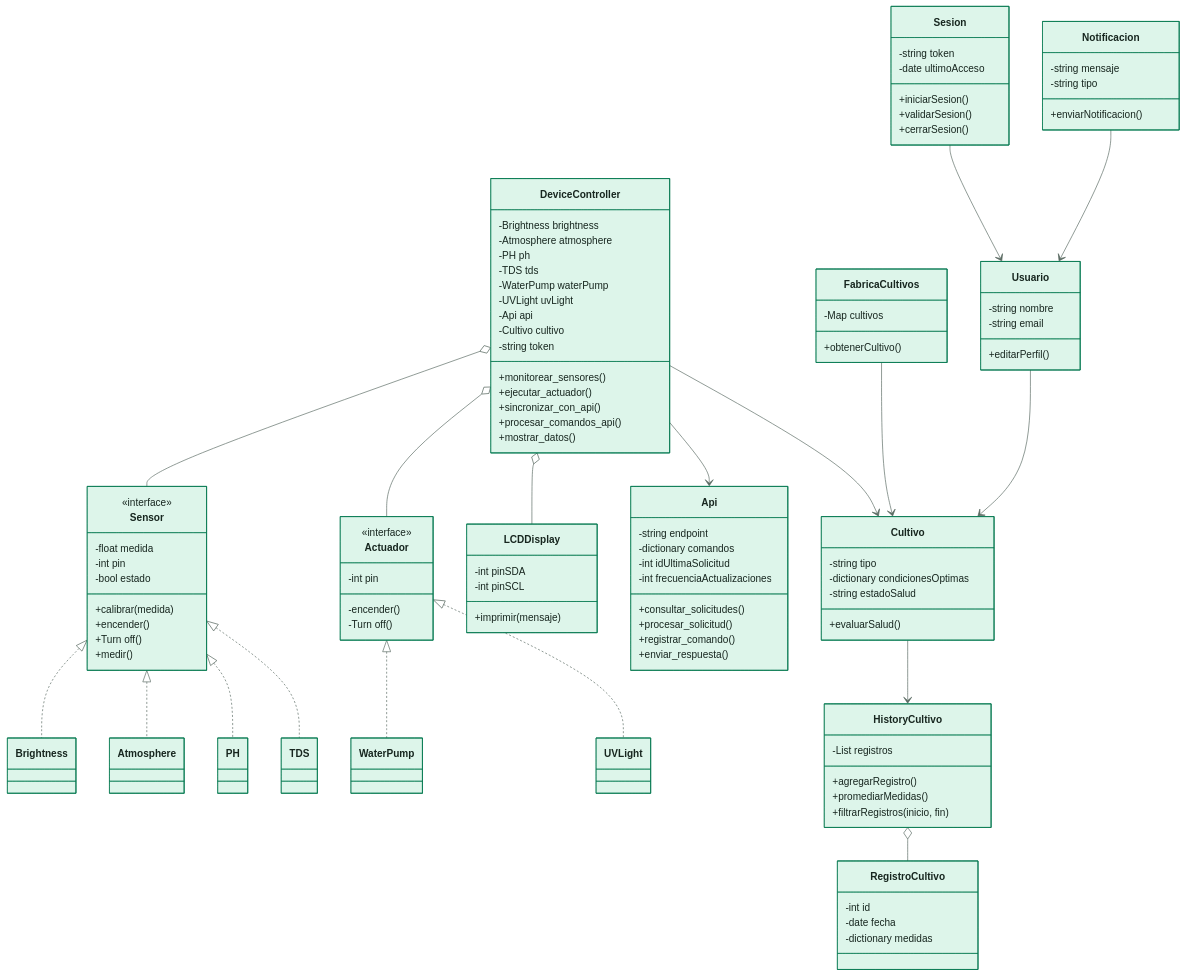
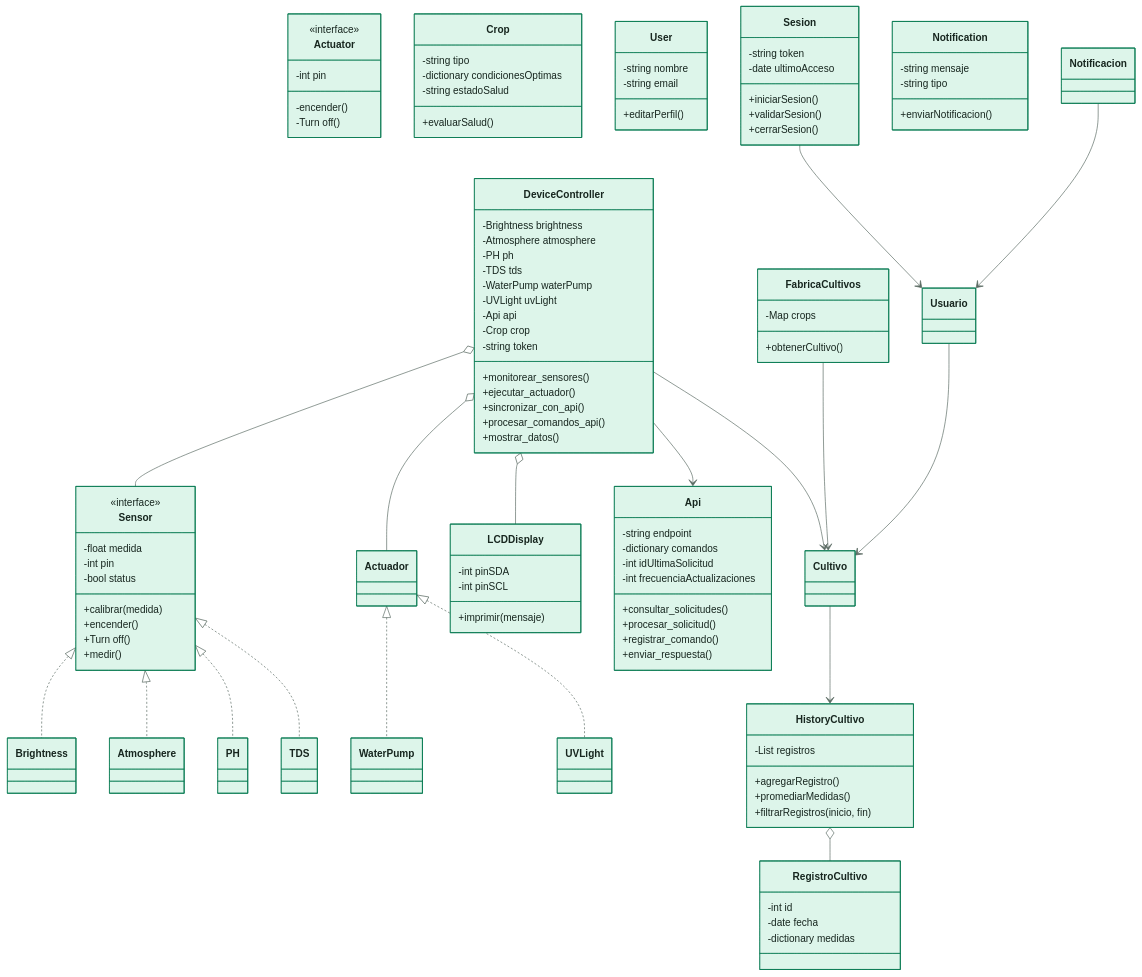
The diagram in docs/diagrams/SmartPot_27_Original_Classes.mmd (SmartPotTech/.github), drawn with Mermaid before and after one commit. The commit also changed 78 other files, not shown here.

Commit message:
docs(architecture): update and standardize architecture diagrams via archify [skip deploy] #no-deploy

```diff
--- a/docs/diagrams/SmartPot_27_Original_Classes.mmd
+++ b/docs/diagrams/SmartPot_27_Original_Classes.mmd
@@ -1,105 +1,105 @@
 %%{init: {"theme": "base", "fontFamily": "Segoe UI, Arial, sans-serif", "themeVariables": {"fontFamily": "Segoe UI, Arial, sans-serif", "fontSize": "15px", "primaryColor": "#DDF5EA", "primaryTextColor": "#17261F", "primaryBorderColor": "#067A52", "secondaryColor": "#E3F2FB", "secondaryTextColor": "#17261F", "secondaryBorderColor": "#1F6FA0", "tertiaryColor": "#F2F7F4", "tertiaryTextColor": "#17261F", "tertiaryBorderColor": "#D5E3DC", "lineColor": "#5B6B63", "textColor": "#17261F", "mainBkg": "#DDF5EA", "nodeBorder": "#067A52", "clusterBkg": "#F7FAF8", "clusterBorder": "#D5E3DC", "edgeLabelBackground": "#FFFFFF", "actorBkg": "#067A52", "actorBorder": "#0B3D2B", "actorTextColor": "#FFFFFF", "actorLineColor": "#5B6B63", "signalColor": "#17261F", "signalTextColor": "#17261F", "labelBoxBkgColor": "#0B3D2B", "labelBoxBorderColor": "#0B3D2B", "labelTextColor": "#FFFFFF", "loopTextColor": "#0B3D2B", "noteBkgColor": "#FDF4DD", "noteBorderColor": "#C98D12", "noteTextColor": "#17261F", "activationBkgColor": "#DDF5EA", "activationBorderColor": "#067A52", "attributeBackgroundColorOdd": "#FFFFFF", "attributeBackgroundColorEven": "#F2F7F4"}}}%%
 classDiagram
   direction TB
   class Sensor {
     <<interface>>
     -float medida
     -int pin
-    -bool estado
+    -bool status
     +calibrar(medida)
     +encender()
     +Turn off()
     +medir()
   }
-  class Actuador {
+  class Actuator {
     <<interface>>
     -int pin
     -encender()
     -Turn off()
   }
   class DeviceController {
     -Brightness brightness
     -Atmosphere atmosphere
     -PH ph
     -TDS tds
     -WaterPump waterPump
     -UVLight uvLight
     -Api api
-    -Cultivo cultivo
+    -Crop crop
     -string token
     +monitorear_sensores()
     +ejecutar_actuador()
     +sincronizar_con_api()
     +procesar_comandos_api()
     +mostrar_datos()
   }
   class Api {
     -string endpoint
     -dictionary comandos
     -int idUltimaSolicitud
     -int frecuenciaActualizaciones
     +consultar_solicitudes()
     +procesar_solicitud()
     +registrar_comando()
     +enviar_respuesta()
   }
-  class Cultivo {
+  class Crop {
     -string tipo
     -dictionary condicionesOptimas
     -string estadoSalud
     +evaluarSalud()
   }
   class HistoryCultivo {
     -List registros
     +agregarRegistro()
     +promediarMedidas()
     +filtrarRegistros(inicio, fin)
   }
   class RegistroCultivo {
     -int id
     -date fecha
     -dictionary medidas
   }
   class FabricaCultivos {
-    -Map cultivos
+    -Map crops
     +obtenerCultivo()
   }
-  class Usuario {
+  class User {
     -string nombre
     -string email
     +editarPerfil()
   }
   class Sesion {
     -string token
     -date ultimoAcceso
     +iniciarSesion()
     +validarSesion()
     +cerrarSesion()
   }
-  class Notificacion {
+  class Notification {
     -string mensaje
     -string tipo
     +enviarNotificacion()
   }
   class LCDDisplay {
     -int pinSDA
     -int pinSCL
     +imprimir(mensaje)
   }
   Sensor <|.. Brightness
   Sensor <|.. Atmosphere
   Sensor <|.. PH
   Sensor <|.. TDS
   Actuador <|.. WaterPump
   Actuador <|.. UVLight
   DeviceController o-- Sensor
   DeviceController o-- Actuador
   DeviceController o-- LCDDisplay
   DeviceController --> Api
   DeviceController --> Cultivo
   Cultivo --> HistoryCultivo
   HistoryCultivo o-- RegistroCultivo
   FabricaCultivos --> Cultivo
   Usuario --> Cultivo
   Sesion --> Usuario
   Notificacion --> Usuario
```
